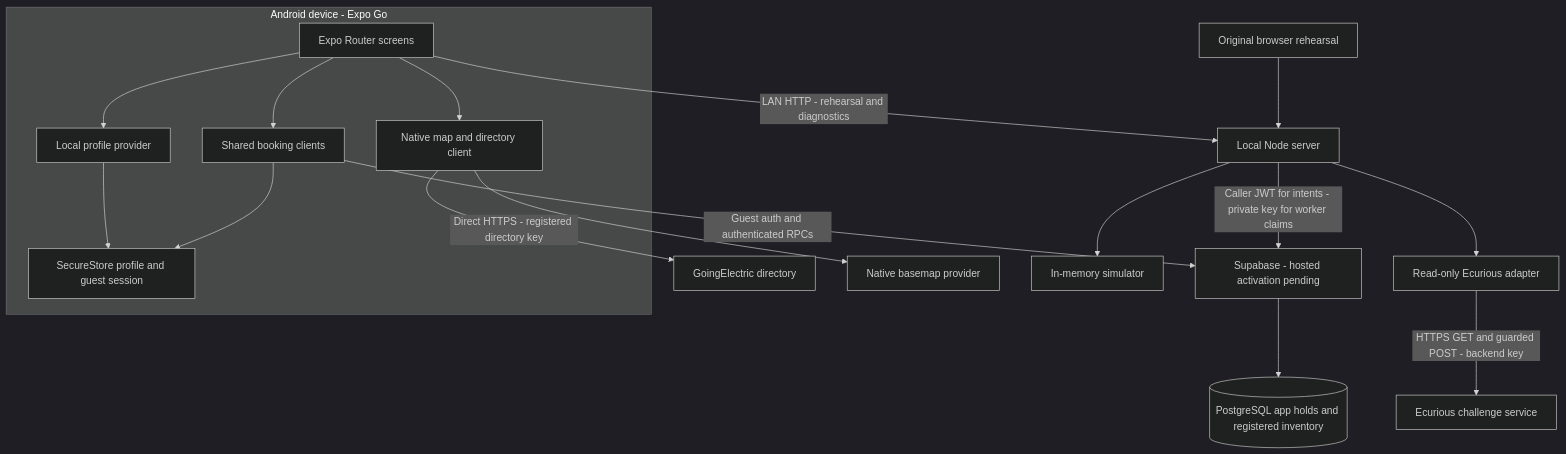
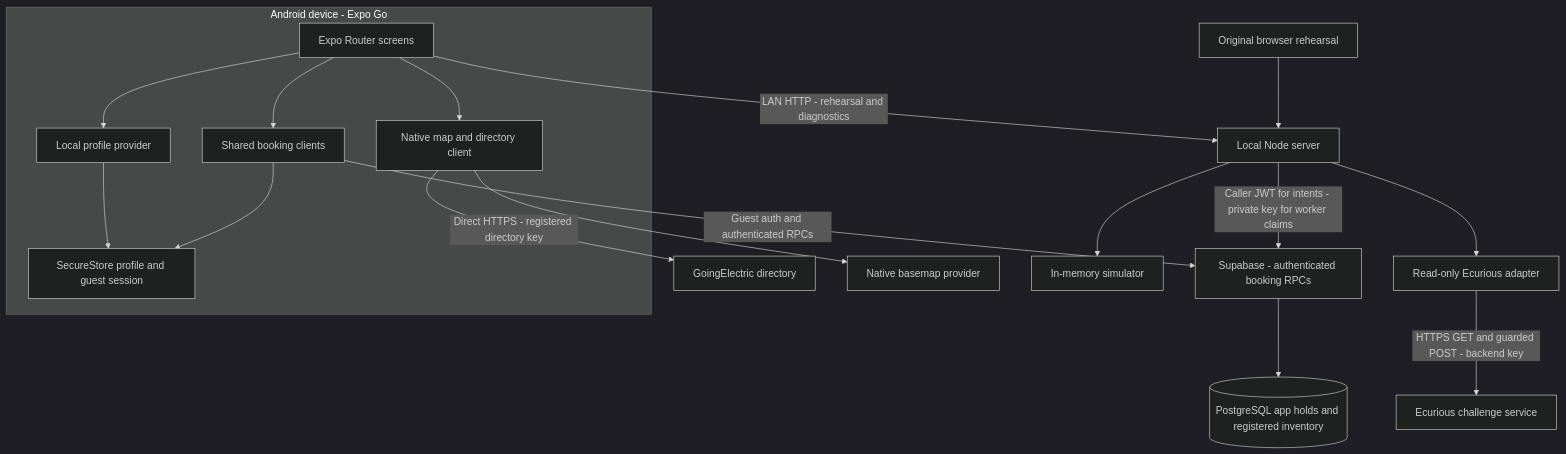
One commit to BorisPetreski/Ecurious-Challenge changed the first of 4 diagrams in docs/SYSTEM-DESIGN.md. Above: the diagram before and after it, drawn with Mermaid (dark theme). The commit also changed other lines of this file and 71 other files, not shown here.

````diff
--- a/docs/SYSTEM-DESIGN.md
+++ b/docs/SYSTEM-DESIGN.md
@@ -39,25 +39,25 @@
 ```mermaid
 flowchart TB
   subgraph Phone[Android device - Expo Go]
     UI[Expo Router screens]
     Profile[Local profile provider]
     Shared[Shared booking clients]
     Map[Native map and directory client]
     Store[SecureStore profile and guest session]
     UI --> Profile
     UI --> Shared
     UI --> Map
     Profile --> Store
     Shared --> Store
   end
   Map -->|Direct HTTPS - registered directory key| GE[GoingElectric directory]
   Map --> Basemap[Native basemap provider]
-  Shared -->|Guest auth and authenticated RPCs| Cloud[Supabase - hosted activation pending]
+  Shared -->|Guest auth and authenticated RPCs| Cloud[Supabase - authenticated booking RPCs]
   Cloud --> DB[(PostgreSQL app holds and registered inventory)]
   UI -->|LAN HTTP - rehearsal and diagnostics| Node[Local Node server]
   Browser[Original browser rehearsal] --> Node
   Node --> Sim[In-memory simulator]
   Node --> Adapter[Read-only Ecurious adapter]
   Adapter -->|HTTPS GET and guarded POST - backend key| Hardware[Ecurious challenge service]
   Node -->|Caller JWT for intents - private key for worker claims| Cloud
 ```
````
